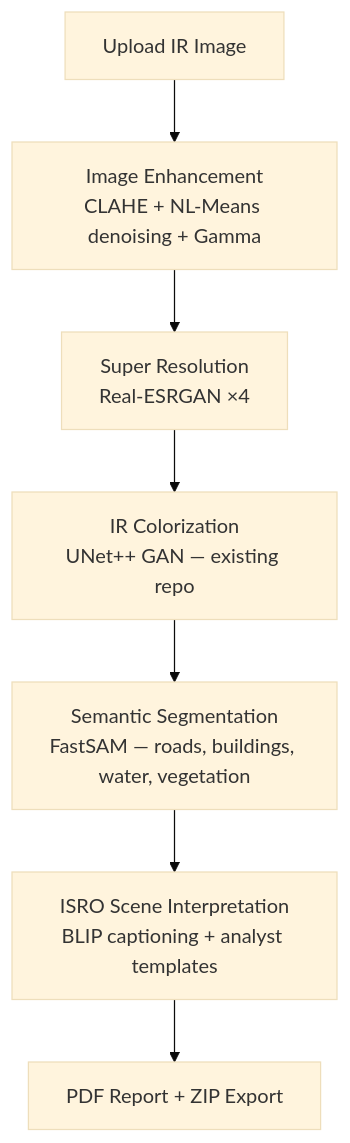
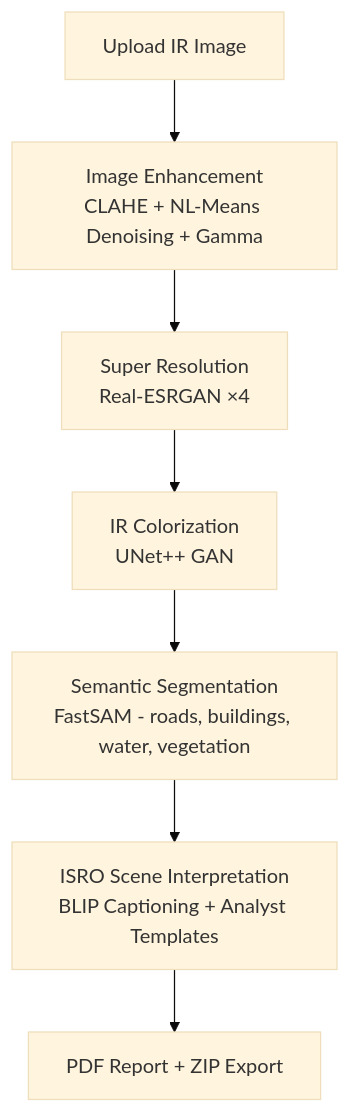
Before and after one commit to vssanjay-11/ISRO-BAH-IRIS: the first of 2 diagrams in README.md, drawn with Mermaid (base theme). The commit also changed other lines of this file and 27 other files, not shown here.

````diff
--- a/README.md
+++ b/README.md
@@ -23,9 +30,9 @@
 ```mermaid
 graph TD
-    A[Upload IR Image] --> B[Image Enhancement<br>CLAHE + NL-Means denoising + Gamma]
+    A[Upload IR Image] --> B[Image Enhancement<br>CLAHE + NL-Means Denoising + Gamma]
     B --> C[Super Resolution<br>Real-ESRGAN ×4]
-    C --> D[IR Colorization<br>UNet++ GAN — existing repo]
-    D --> E[Semantic Segmentation<br>FastSAM — roads, buildings, water, vegetation]
-    E --> F[ISRO Scene Interpretation<br>BLIP captioning + analyst templates]
+    C --> D[IR Colorization<br>UNet++ GAN]
+    D --> E[Semantic Segmentation<br>FastSAM - roads, buildings, water, vegetation]
+    E --> F[ISRO Scene Interpretation<br>BLIP Captioning + Analyst Templates]
     F --> G[PDF Report + ZIP Export]
 ```
````
